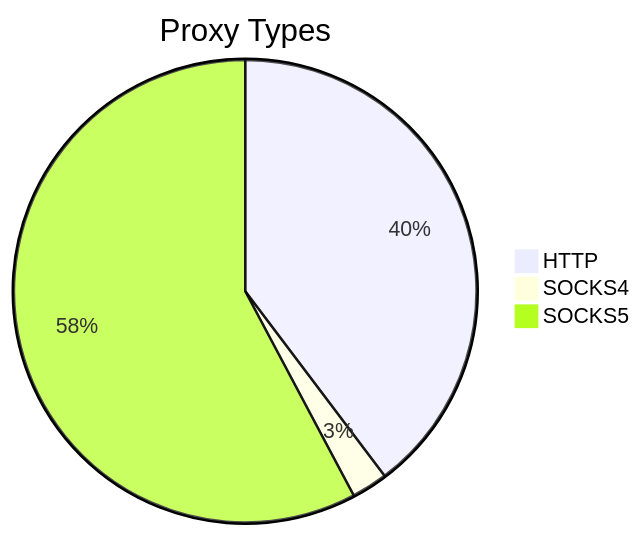
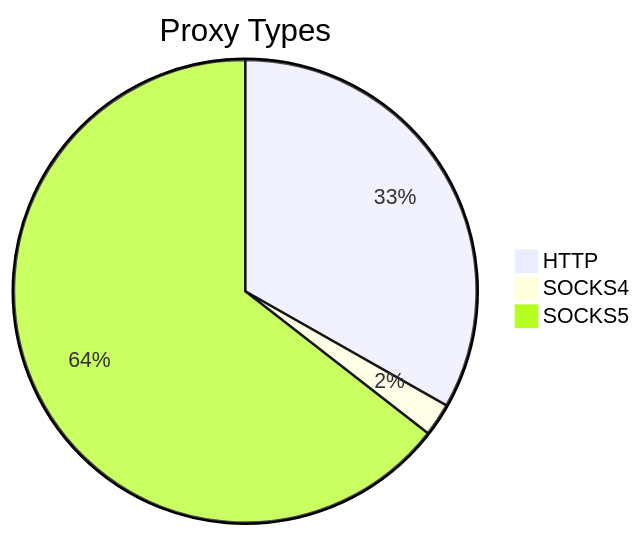
One commit to stormsia/proxy-list changed the first of 2 diagrams in README.md. Above: the diagram before and after it, drawn with Mermaid. The commit also changed other lines of this file, not shown here.

````diff
--- a/README.md
+++ b/README.md
@@ -21,6 +21,6 @@
 ```mermaid
 pie title Proxy Types
-    "HTTP" : 695
-    "SOCKS4" : 44
-    "SOCKS5" : 1011
+    "HTTP" : 462
+    "SOCKS4" : 32
+    "SOCKS5" : 897
 ```
````
